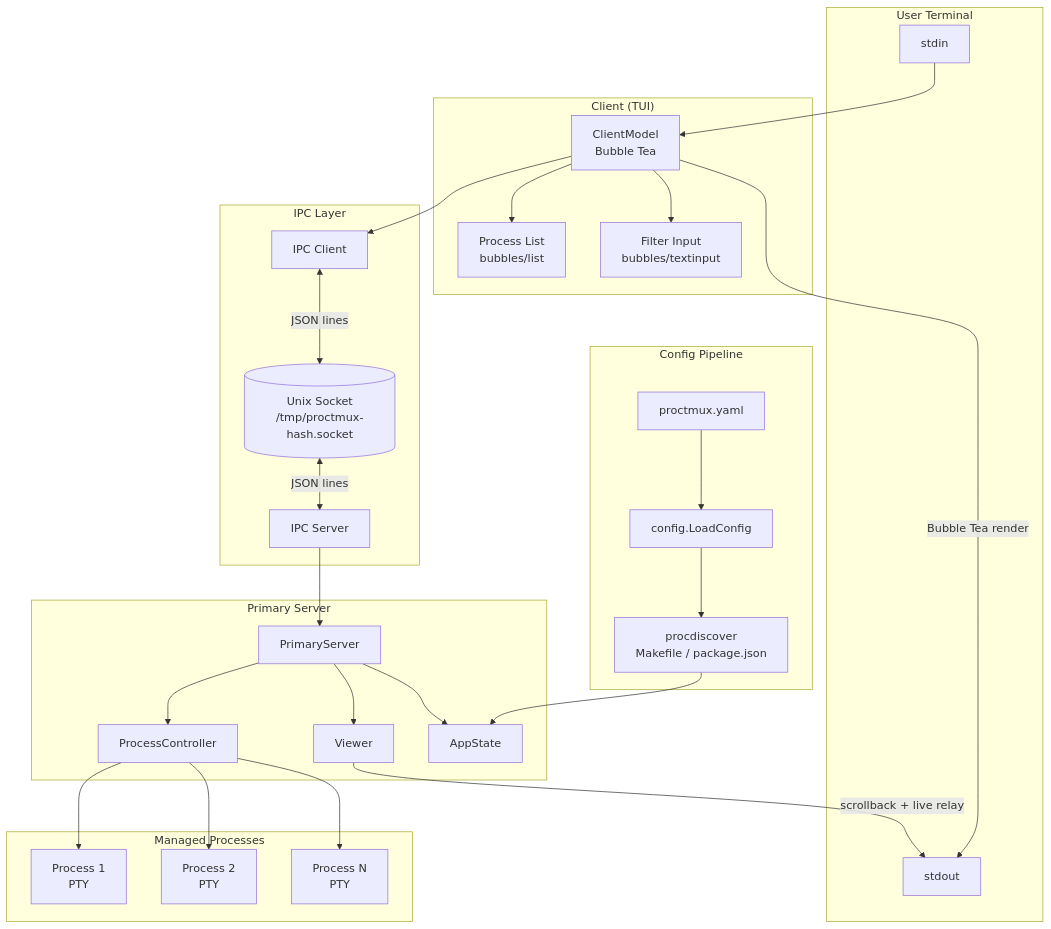
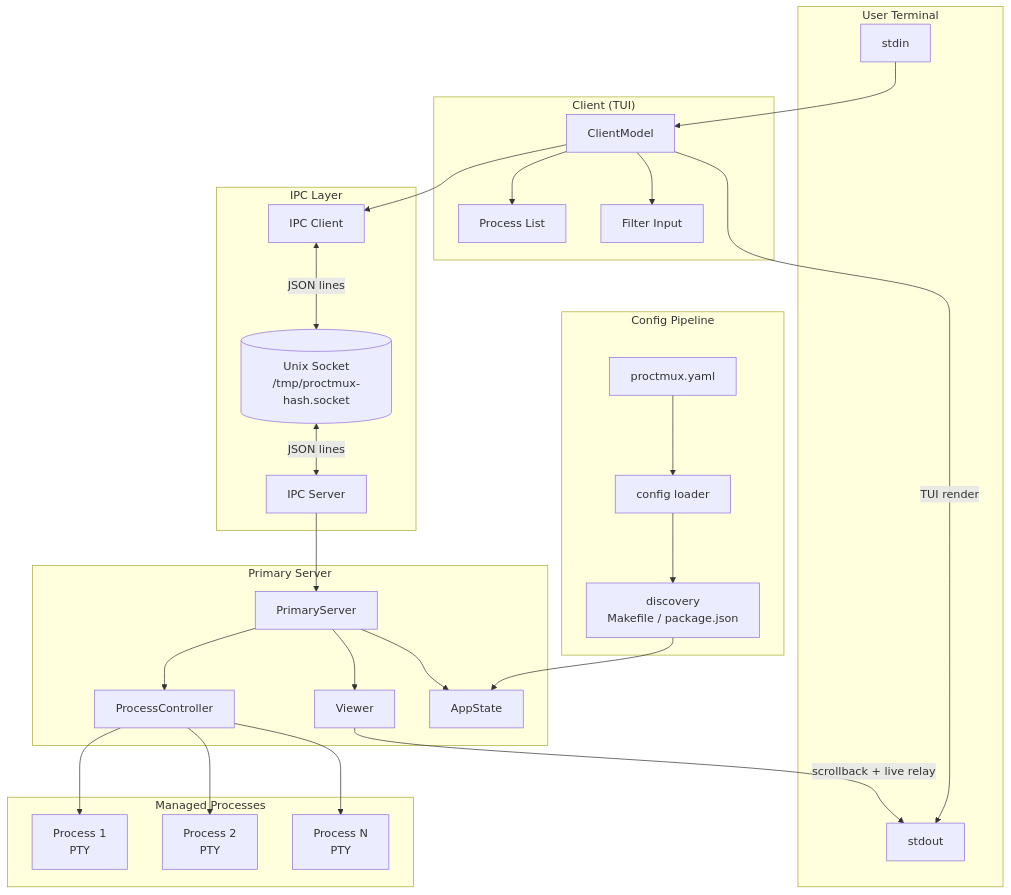
One commit to napisani/proctmux changed the diagram in docs/architecture.md. Above: the diagram before and after it, drawn with Mermaid. The commit also changed other lines of this file and 103 other files, not shown here.

````diff
--- a/docs/architecture.md
+++ b/docs/architecture.md
@@ -7,58 +7,58 @@
 ```mermaid
 graph TB
     subgraph "User Terminal"
         STDIN[stdin]
         STDOUT[stdout]
     end
 
     subgraph "Client (TUI)"
-        CM[ClientModel<br/>Bubble Tea]
-        PL[Process List<br/>bubbles/list]
-        FI[Filter Input<br/>bubbles/textinput]
+        CM[ClientModel]
+        PL[Process List]
+        FI[Filter Input]
     end
 
     subgraph "IPC Layer"
         IC[IPC Client]
         IS[IPC Server]
         SOCK[(Unix Socket<br/>/tmp/proctmux-hash.socket)]
     end
 
     subgraph "Primary Server"
         PS[PrimaryServer]
         PC[ProcessController]
         VW[Viewer]
         AS[AppState]
     end
 
     subgraph "Managed Processes"
         P1[Process 1<br/>PTY]
         P2[Process 2<br/>PTY]
         PN[Process N<br/>PTY]
     end
 
     subgraph "Config Pipeline"
         YAML[proctmux.yaml]
-        CL[config.LoadConfig]
-        PD[procdiscover<br/>Makefile / package.json]
+        CL[config loader]
+        PD[discovery<br/>Makefile / package.json]
     end
 
     STDIN --> CM
     CM --> PL
     CM --> FI
     CM --> IC
     IC <-->|JSON lines| SOCK
     SOCK <-->|JSON lines| IS
     IS --> PS
     PS --> AS
     PS --> PC
     PS --> VW
     PC --> P1
     PC --> P2
     PC --> PN
     VW -->|scrollback + live relay| STDOUT
-    CM -->|Bubble Tea render| STDOUT
+    CM -->|TUI render| STDOUT
 
     YAML --> CL
     CL --> PD
     PD --> AS
 ```
````
